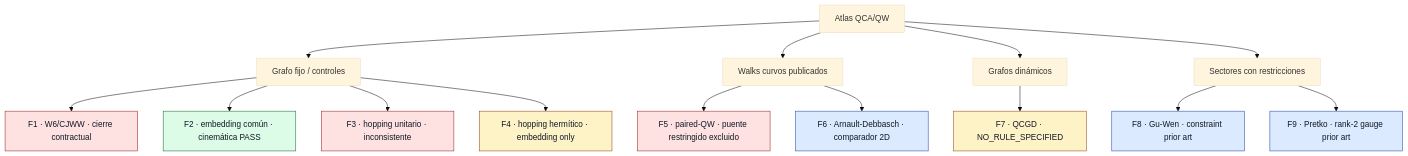
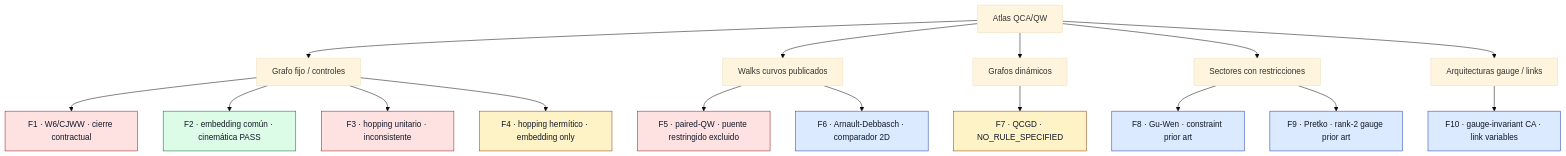
One commit to nacho09021973/qca-causal-cones changed the diagram in docs/family_atlas/FAMILY_BIBLE.md. Above: the diagram before and after it, drawn with Mermaid (base theme). The commit also changed other lines of this file and 5 other files, not shown here.

Commit message:
Record F10 gauge-invariant CA family

````diff
--- a/docs/family_atlas/FAMILY_BIBLE.md
+++ b/docs/family_atlas/FAMILY_BIBLE.md
@@ -36,25 +37,27 @@
 ```mermaid
 flowchart TB
   A["Atlas QCA/QW"] --> G["Grafo fijo / controles"]
   A --> P["Walks curvos publicados"]
   A --> D["Grafos dinámicos"]
   A --> C["Sectores con restricciones"]
+  A --> L["Arquitecturas gauge / links"]
   G --> F1["F1 · W6/CJWW · cierre contractual"]
   G --> F2["F2 · embedding común · cinemática PASS"]
   G --> F3["F3 · hopping unitario · inconsistente"]
   G --> F4["F4 · hopping hermítico · embedding only"]
   P --> F5["F5 · paired-QW · puente restringido excluido"]
   P --> F6["F6 · Arnault-Debbasch · comparador 2D"]
   D --> F7["F7 · QCGD · NO_RULE_SPECIFIED"]
   C --> F8["F8 · Gu-Wen · constraint prior art"]
   C --> F9["F9 · Pretko · rank-2 gauge prior art"]
+  L --> F10["F10 · gauge-invariant CA · link variables"]
   classDef closed fill:#fee2e2,stroke:#991b1b,color:#111827;
   classDef pending fill:#e5e7eb,stroke:#4b5563,color:#111827;
   classDef bibliography fill:#dbeafe,stroke:#1e40af,color:#111827;
   classDef open fill:#fef3c7,stroke:#92400e,color:#111827;
   classDef pass fill:#dcfce7,stroke:#166534,color:#111827;
   class F1,F3,F5 closed;
   class F2 pass;
   class F4,F7 open;
-  class F6,F8,F9 bibliography;
+  class F6,F8,F9,F10 bibliography;
 ```
````
